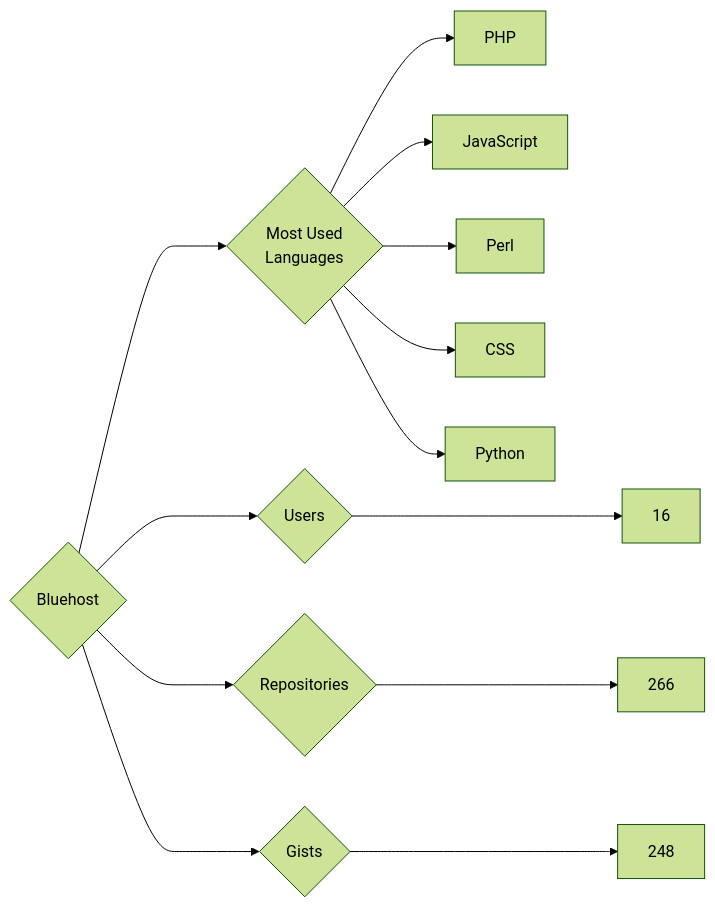
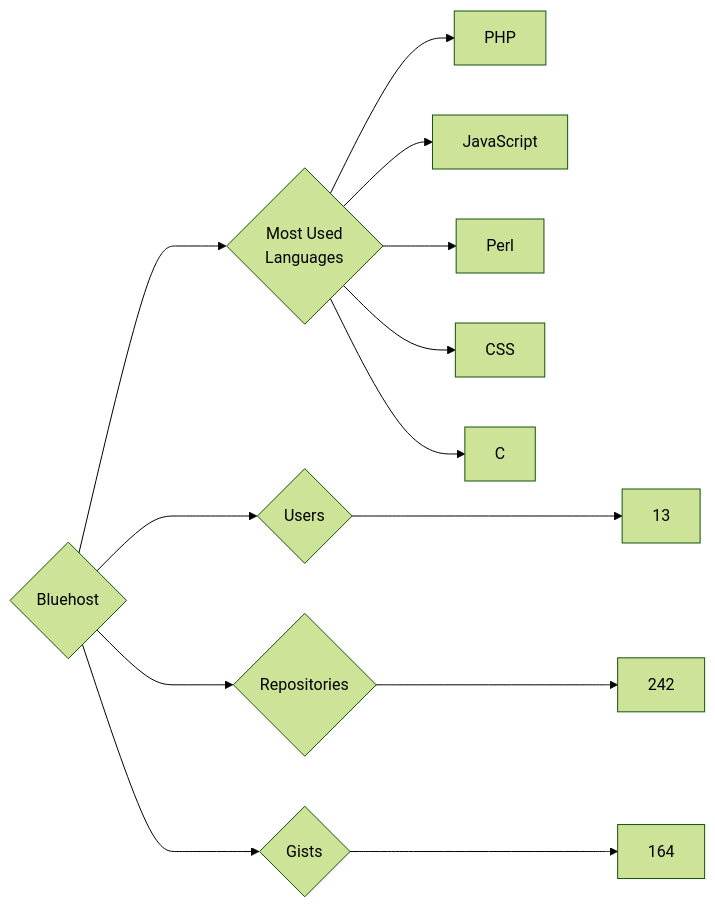
The diagram in targets/Bluehost/README.md (trickest/insiders), drawn with Mermaid (forest theme) before and after one commit. The commit also changed 750 other files, not shown here.

````diff
--- a/targets/Bluehost/README.md
+++ b/targets/Bluehost/README.md
@@ -3,13 +3,13 @@
 ```mermaid
 graph LR
 COMPANY_NAME{Bluehost}
-COMPANY_NAME ---> U{Users} ---> UN[16]
-COMPANY_NAME ---> R{Repositories} ---> RN[266]
-COMPANY_NAME ---> G{Gists} ---> GN[248]
+COMPANY_NAME ---> U{Users} ---> UN[13]
+COMPANY_NAME ---> R{Repositories} ---> RN[242]
+COMPANY_NAME ---> G{Gists} ---> GN[164]
 COMPANY_NAME ---> ML{Most Used<br>Languages}
 ML --> PHP[PHP]
 ML --> JavaScript[JavaScript]
 ML --> Perl[Perl]
 ML --> CSS[CSS]
-ML --> Python[Python]
+ML --> C[C]
 ```
````
